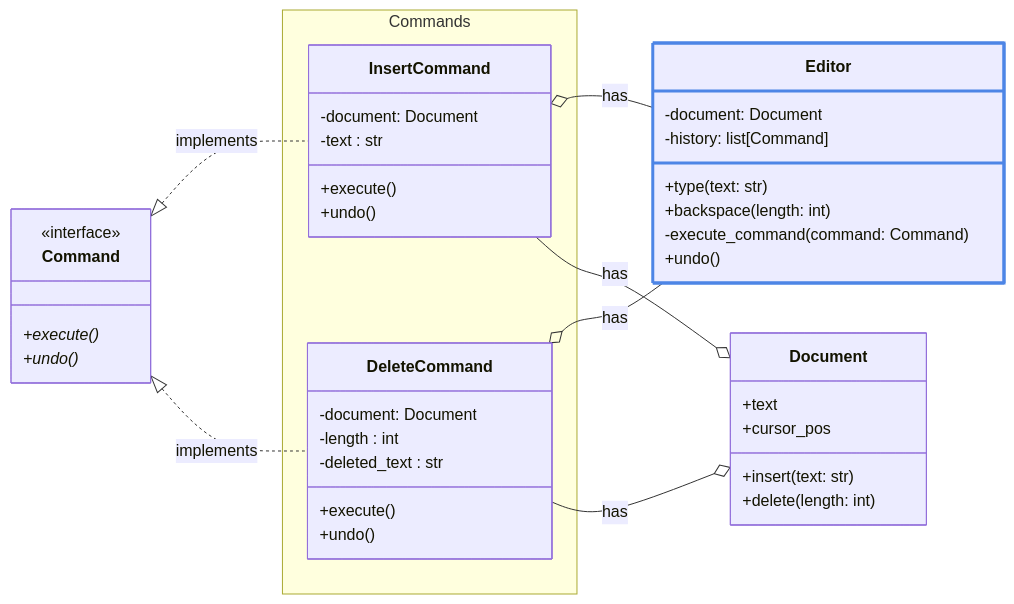
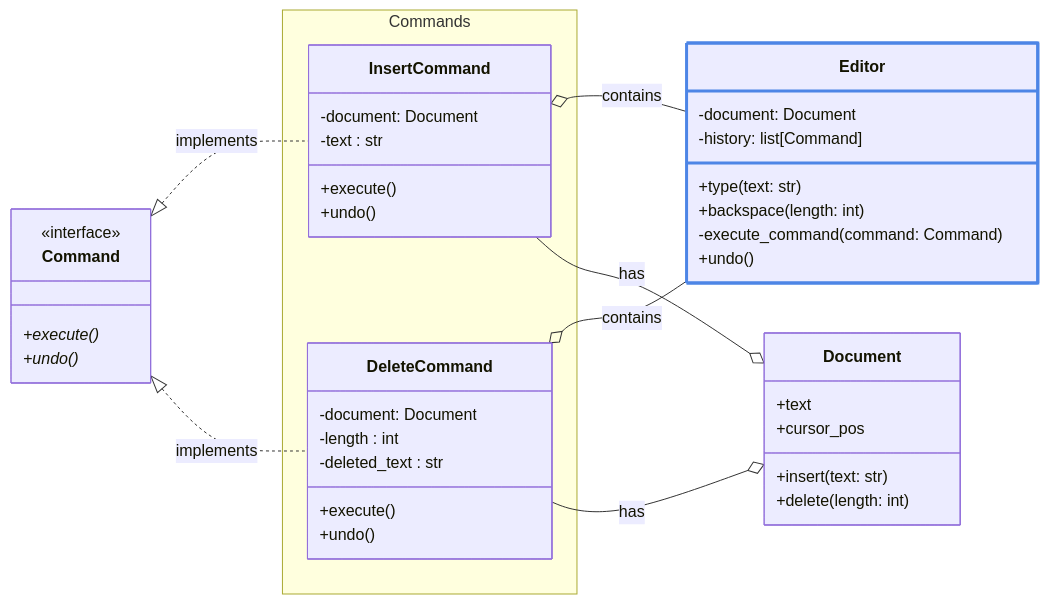
Before and after one commit to ArthurDelannoyazerty/Design-Patterns: the third of 4 diagrams in python/README.md, drawn with Mermaid.

Commit message:
small fix

````diff
--- a/python/README.md
+++ b/python/README.md
@@ -95,58 +95,58 @@
 ```mermaid
 classDiagram
     direction LR
     class Command {
         <<interface>>
         +execute()*
         +undo()*
     }
 
     class InsertCommand {
         -document: Document
         -text : str
         +execute()
         +undo()
     }
 
     class DeleteCommand {
         -document: Document
         -length : int
         -deleted_text : str
         +execute()
         +undo()
     }
 
     class Document {
         +text
         +cursor_pos
         +insert(text: str)
         +delete(length: int)
     }
 
     class Editor {
         -document: Document
         -history: list[Command]
         +type(text: str)
         +backspace(length: int)
         -execute_command(command: Command)
         +undo()
     }
     
 
     Command <|.. InsertCommand : implements
     Command <|.. DeleteCommand : implements
     
-    InsertCommand o-- Editor : has
-    DeleteCommand o-- Editor : has
+    InsertCommand o-- Editor : contains
+    DeleteCommand o-- Editor : contains
     
 
     DeleteCommand --o Document : has
     InsertCommand --o Document : has
 
     namespace Commands{
         class InsertCommand
         class DeleteCommand
     }
 
     style Editor stroke:#4D85E6,stroke-width:3px
 ```
````
